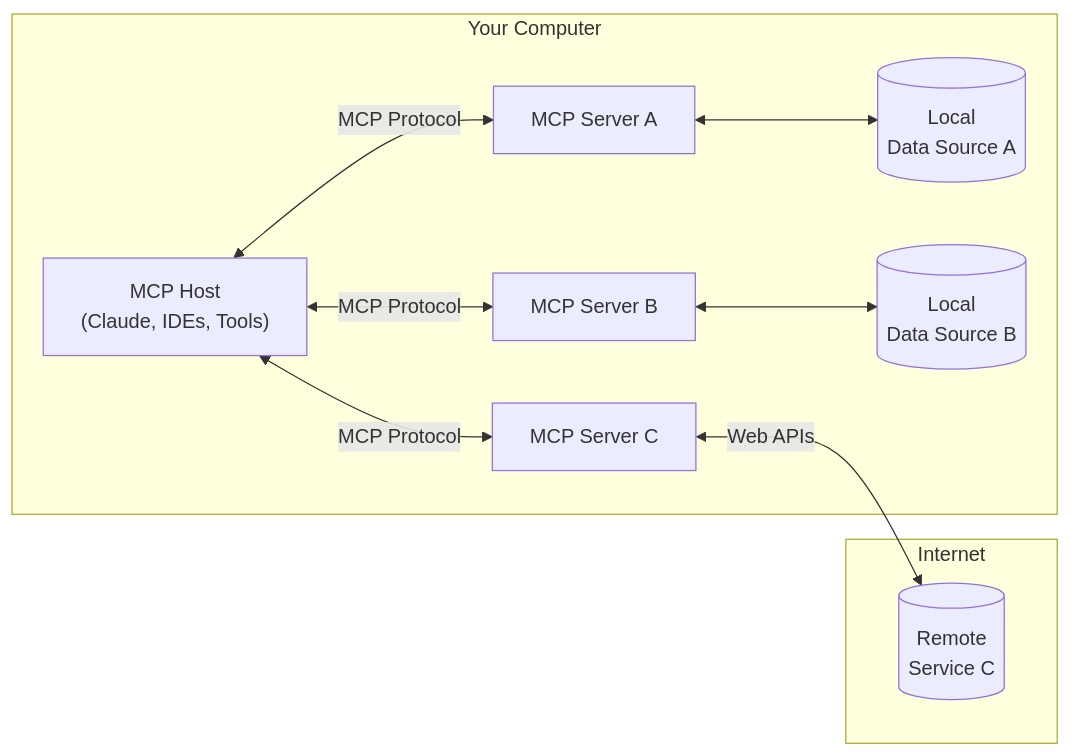
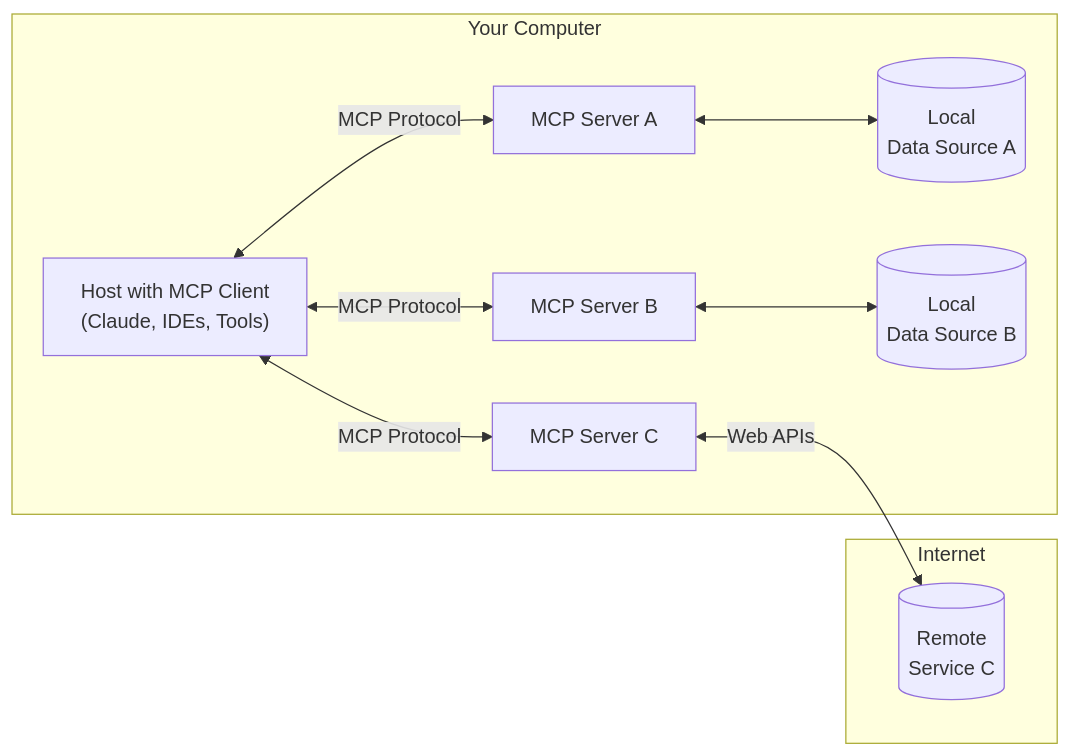
The diagram in introduction.mdx (zcstarr/modelcontextprotocol), drawn with Mermaid before and after one commit. The commit also changed other lines of this file and 13 other files, not shown here.

````diff
--- a/introduction.mdx
+++ b/introduction.mdx
@@ -19,17 +19,17 @@
 ```mermaid
 flowchart LR
     subgraph "Your Computer"
-        Host["MCP Host\n(Claude, IDEs, Tools)"]
+        Host["Host with MCP Client\n(Claude, IDEs, Tools)"]
         S1["MCP Server A"]
         S2["MCP Server B"]
         S3["MCP Server C"]
         Host <-->|"MCP Protocol"| S1
         Host <-->|"MCP Protocol"| S2
         Host <-->|"MCP Protocol"| S3
         S1 <--> D1[("Local\nData Source A")]
         S2 <--> D2[("Local\nData Source B")]
     end
     subgraph "Internet"
         S3 <-->|"Web APIs"| D3[("Remote\nService C")]
     end
 ```
````
